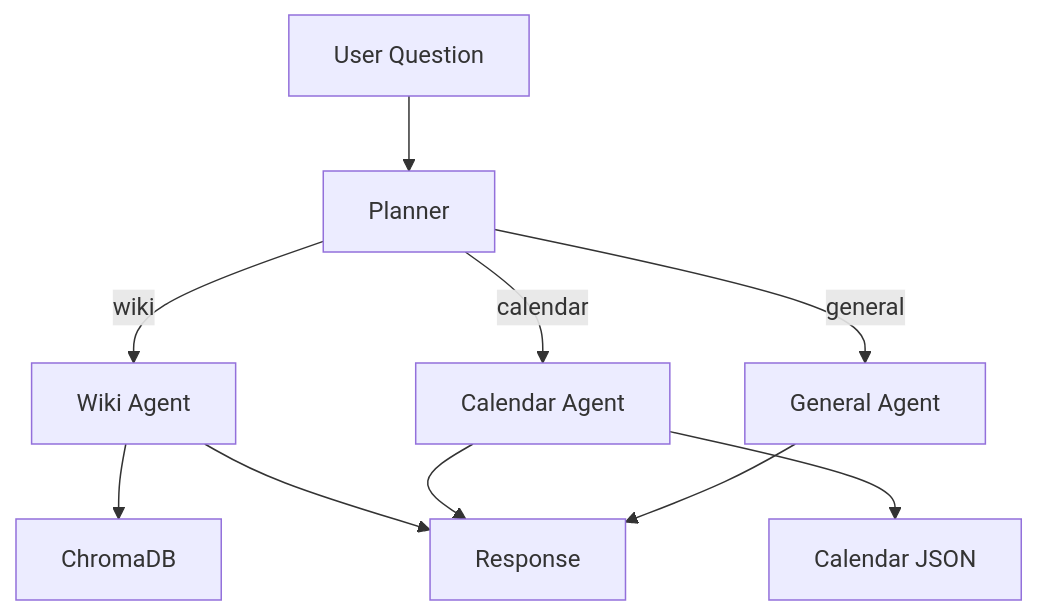
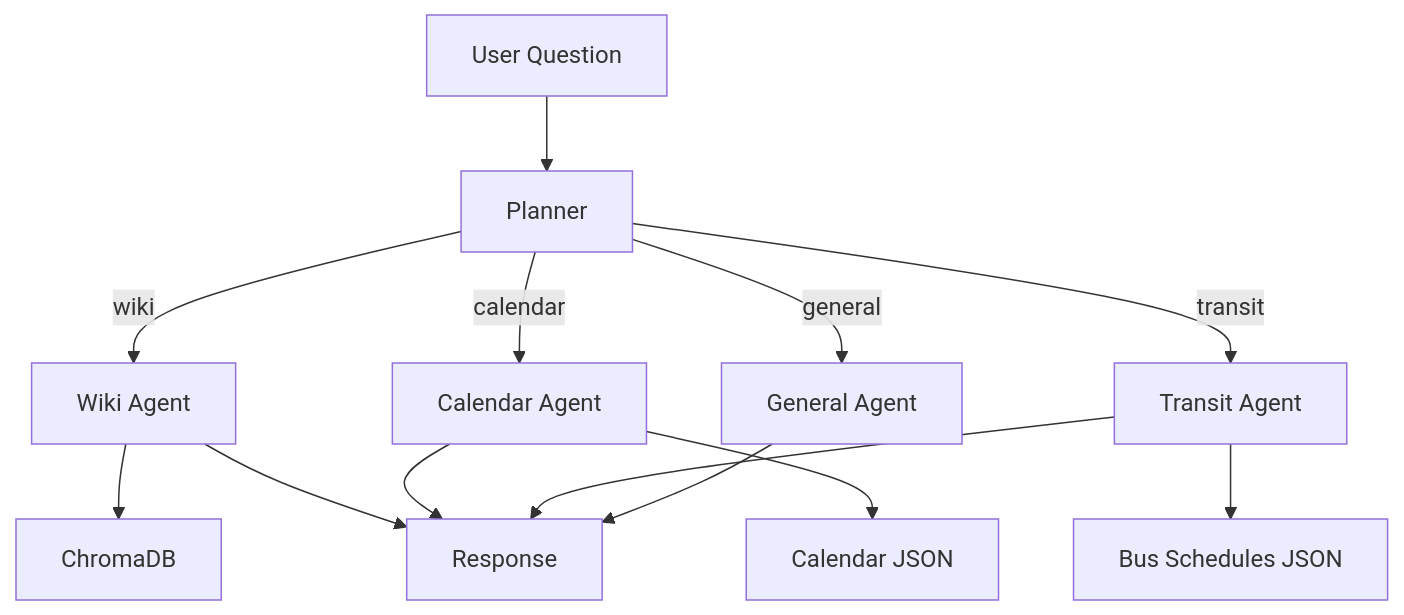
One commit to hisenberggg/OrangeBot changed the diagram in README.md. Above: the diagram before and after it, drawn with Mermaid. The commit also changed other lines of this file and 7 other files, not shown here.

````diff
--- a/README.md
+++ b/README.md
@@ -7,12 +7,15 @@
 ```mermaid
 flowchart TD
     User[User Question] --> Planner[Planner]
     Planner -->|wiki| Wiki[Wiki Agent]
     Planner -->|calendar| Calendar[Calendar Agent]
+    Planner -->|transit| Transit[Transit Agent]
     Planner -->|general| General[General Agent]
     Wiki --> ChromaDB[ChromaDB]
-    Calendar --> JSON[Calendar JSON]
+    Calendar --> CalJSON[Calendar JSON]
+    Transit --> BusJSON[Bus Schedules JSON]
     Wiki --> Response[Response]
     Calendar --> Response
+    Transit --> Response
     General --> Response
 ```
````
